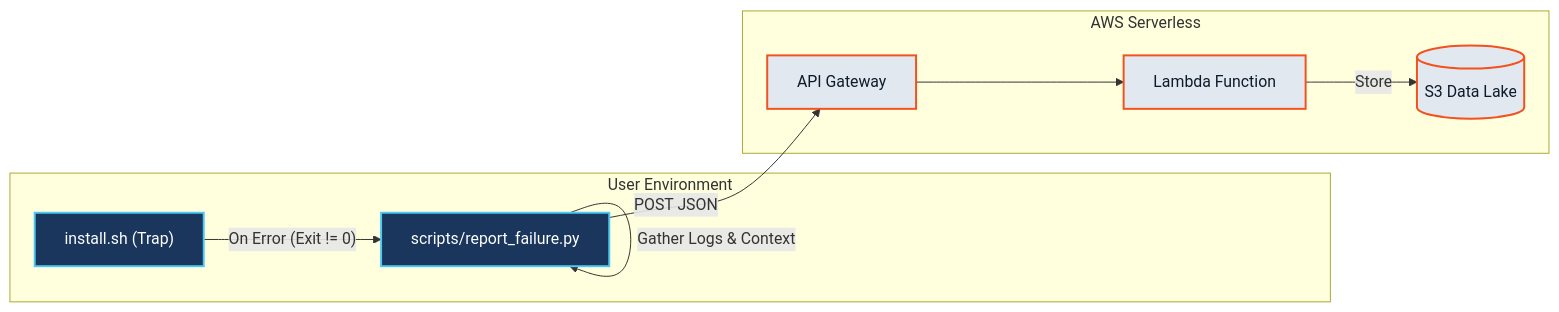
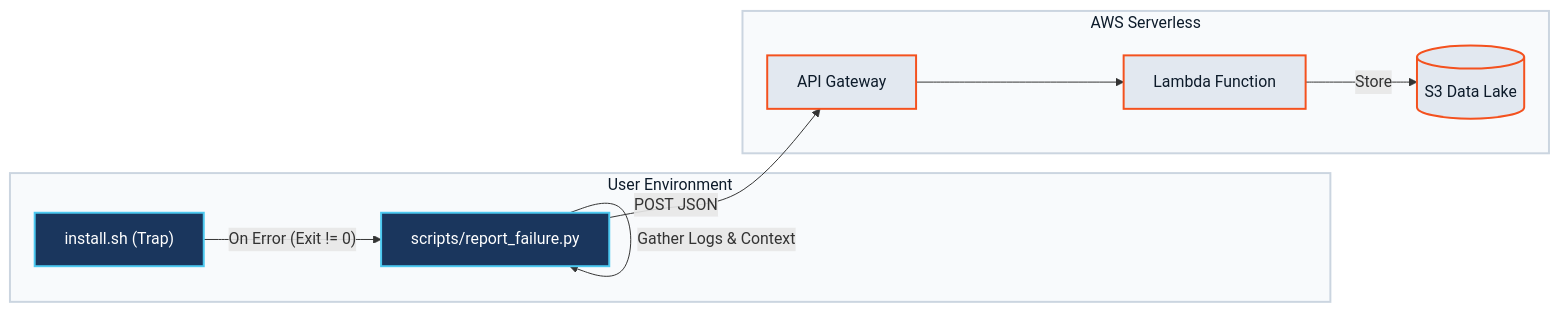
One commit to roguelikeCode/takumi-comfyui-advisor changed the fourth of 4 diagrams in architecture.md. Above: the diagram before and after it, drawn with Mermaid. The commit also changed other lines of this file, not shown here.

Commit message:
chore(architecture.md): fix mermaid colors for github visibility

````diff
--- a/architecture.md
+++ b/architecture.md
@@ -142,23 +156,26 @@
 ```mermaid
 graph LR
     %% --- Styles ---
     classDef client fill:#1a365d,stroke:#4cc9f0,stroke-width:2px,color:#ffffff;
     classDef cloud fill:#e2e8f0,stroke:#f4511e,stroke-width:2px,color:#0d1b2a;
+    classDef plain fill:#f8fafc,stroke:#cbd5e0,stroke-width:2px,color:#0d1b2a;
 
     subgraph Client ["User Environment"]
         Trap["install.sh (Trap)"]:::client
         Reporter["scripts/report_failure.py"]:::client
     end
 
     subgraph Cloud ["AWS Serverless"]
         APIGW["API Gateway"]:::cloud
         Lambda["Lambda Function"]:::cloud
         S3[("S3 Data Lake")]:::cloud
     end
 
     Trap -- "On Error (Exit != 0)" --> Reporter
     Reporter -- "Gather Logs & Context" --> Reporter
     Reporter -- "POST JSON" --> APIGW
     APIGW --> Lambda
     Lambda -- "Store" --> S3
+    
+    class Client,Cloud plain;
 ```
````
